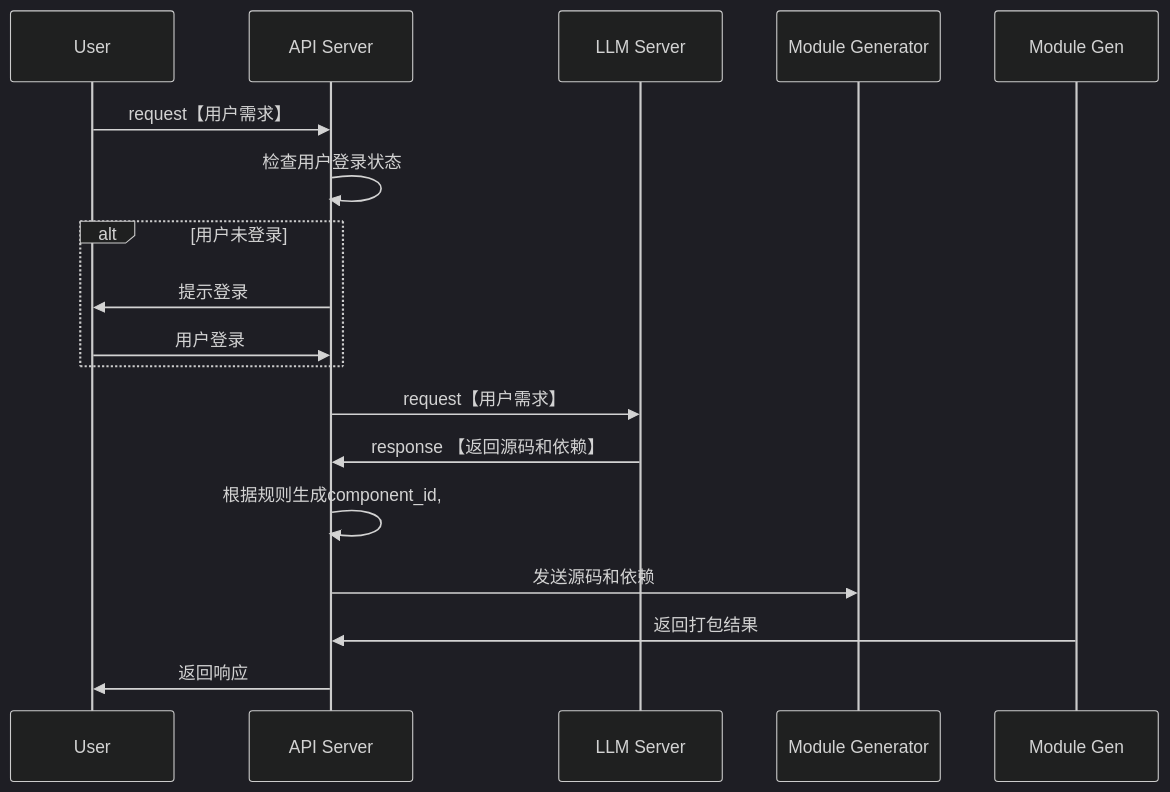
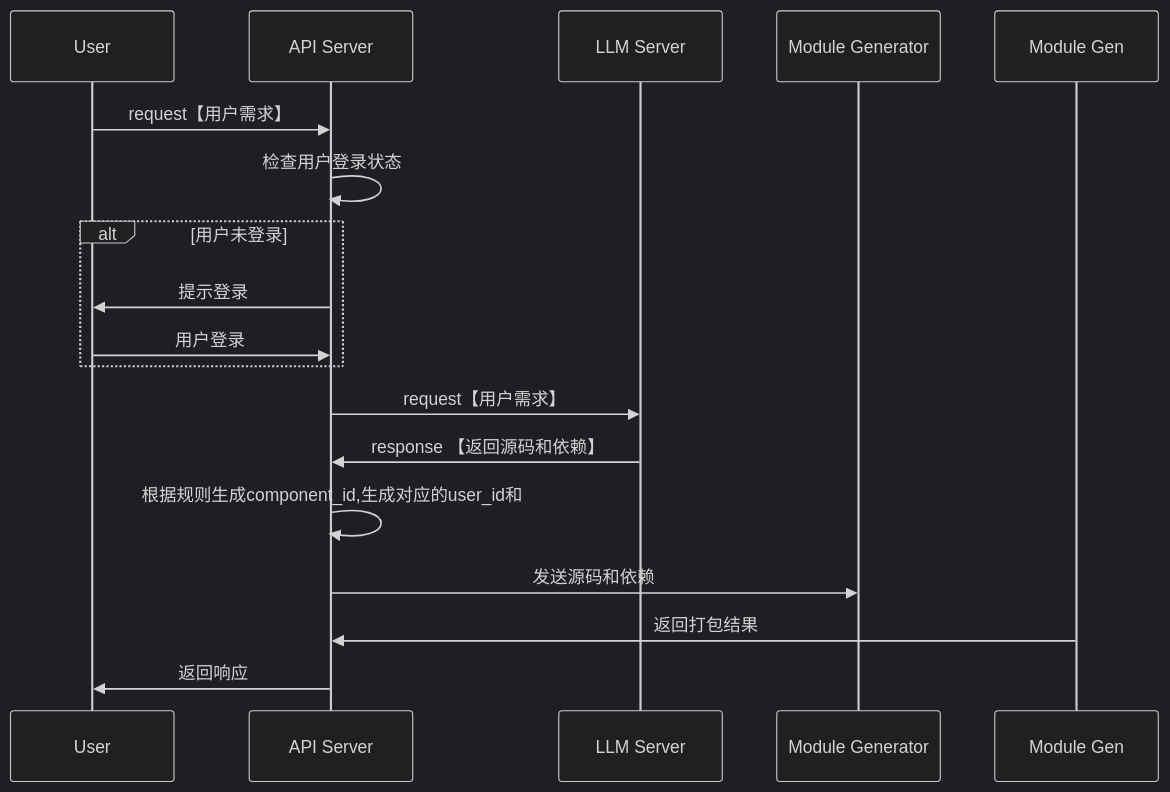
Before and after one commit to yingjianzh/iodraw-files: the diagram in all/未命名-7.md, drawn with Mermaid (dark theme).

Commit message:
2024-10-08 15:40:06 update

````diff
--- a/all/未命名-7.md
+++ b/all/未命名-7.md
@@ -1,24 +1,24 @@
 ```mermaid
 sequenceDiagram
     participant User
     participant API Server
     participant LLM Server
     participant Module Generator
 
     User->>API Server: request【用户需求】
     API Server->>API Server: 检查用户登录状态
     alt 用户未登录
         API Server->>User: 提示登录
         User->>API Server: 用户登录
     end
 
     API Server->>LLM Server: request【用户需求】
     LLM Server->>API Server: response 【返回源码和依赖】
-    API Server->>API Server: 根据规则生成component_id,
+    API Server->>API Server: 根据规则生成component_id,生成对应的user_id和
 
     API Server->>Module Generator: 发送源码和依赖
     Module Gen->>API Server: 返回打包结果
 
     API Server->>User: 返回响应
 
 ```
````
